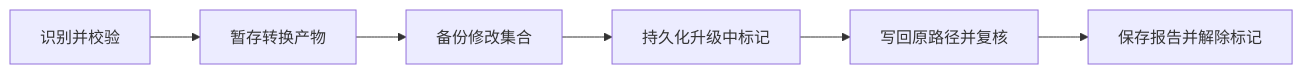
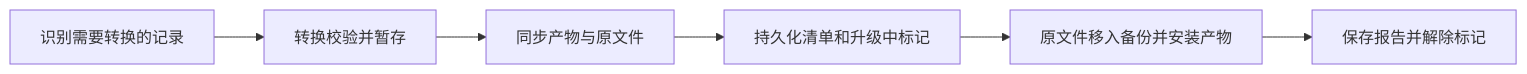
The diagram in docs/specs/data-upgrade.md (djsaber/OURO), drawn with Mermaid before and after one commit. The commit also changed other lines of this file and 16 other files, not shown here.

````diff
--- a/docs/specs/data-upgrade.md
+++ b/docs/specs/data-upgrade.md
@@ -80,8 +85,8 @@
 ```mermaid
 flowchart LR
-    A[识别并校验] --> B[暂存转换产物]
-    B --> C[备份修改集合]
-    C --> D[持久化升级中标记]
-    D --> E[写回原路径并复核]
+    A[识别需要转换的记录] --> B[转换校验并暂存]
+    B --> C[同步产物与原文件]
+    C --> D[持久化清单和升级中标记]
+    D --> E[原文件移入备份并安装产物]
     E --> F[保存报告并解除标记]
 ```
````
